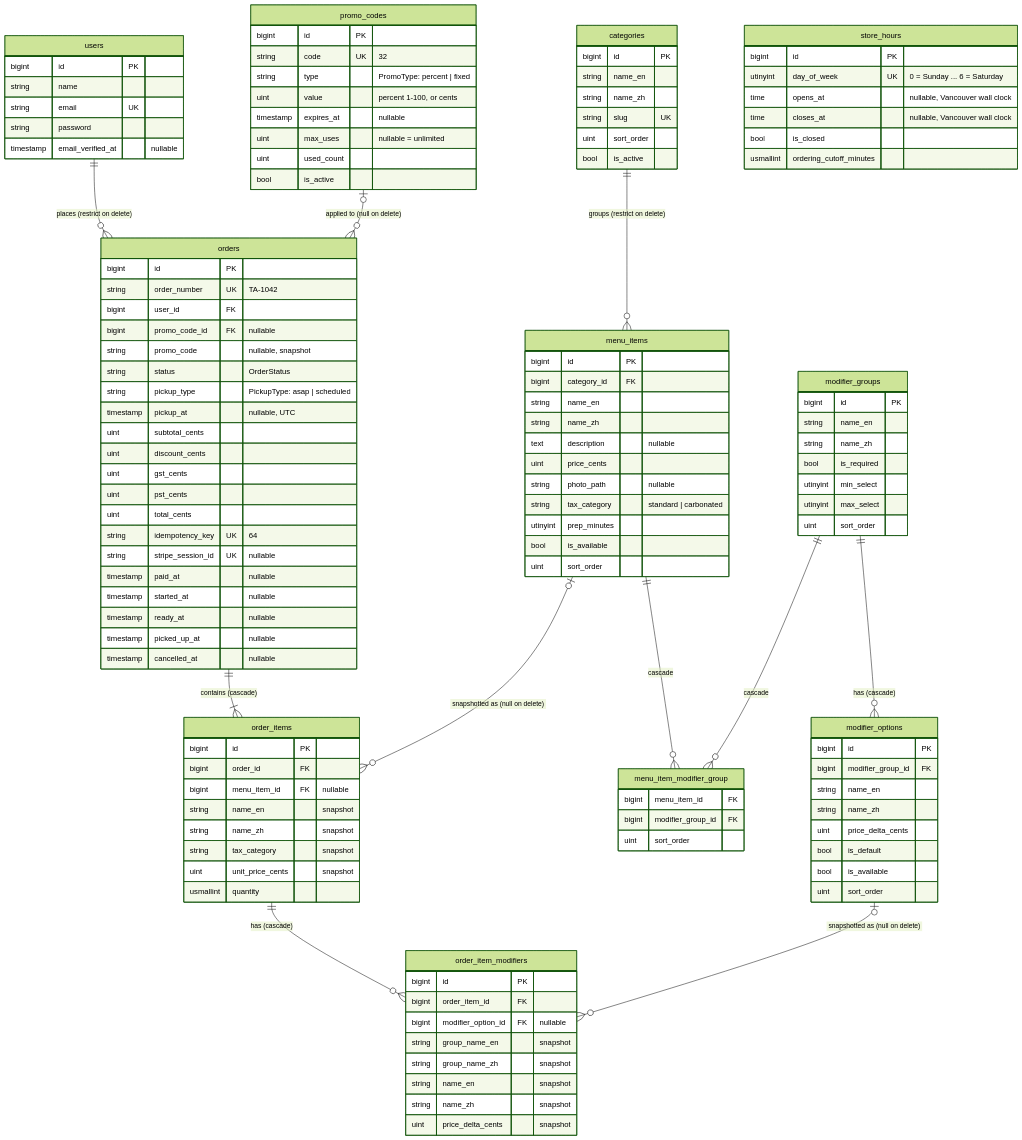
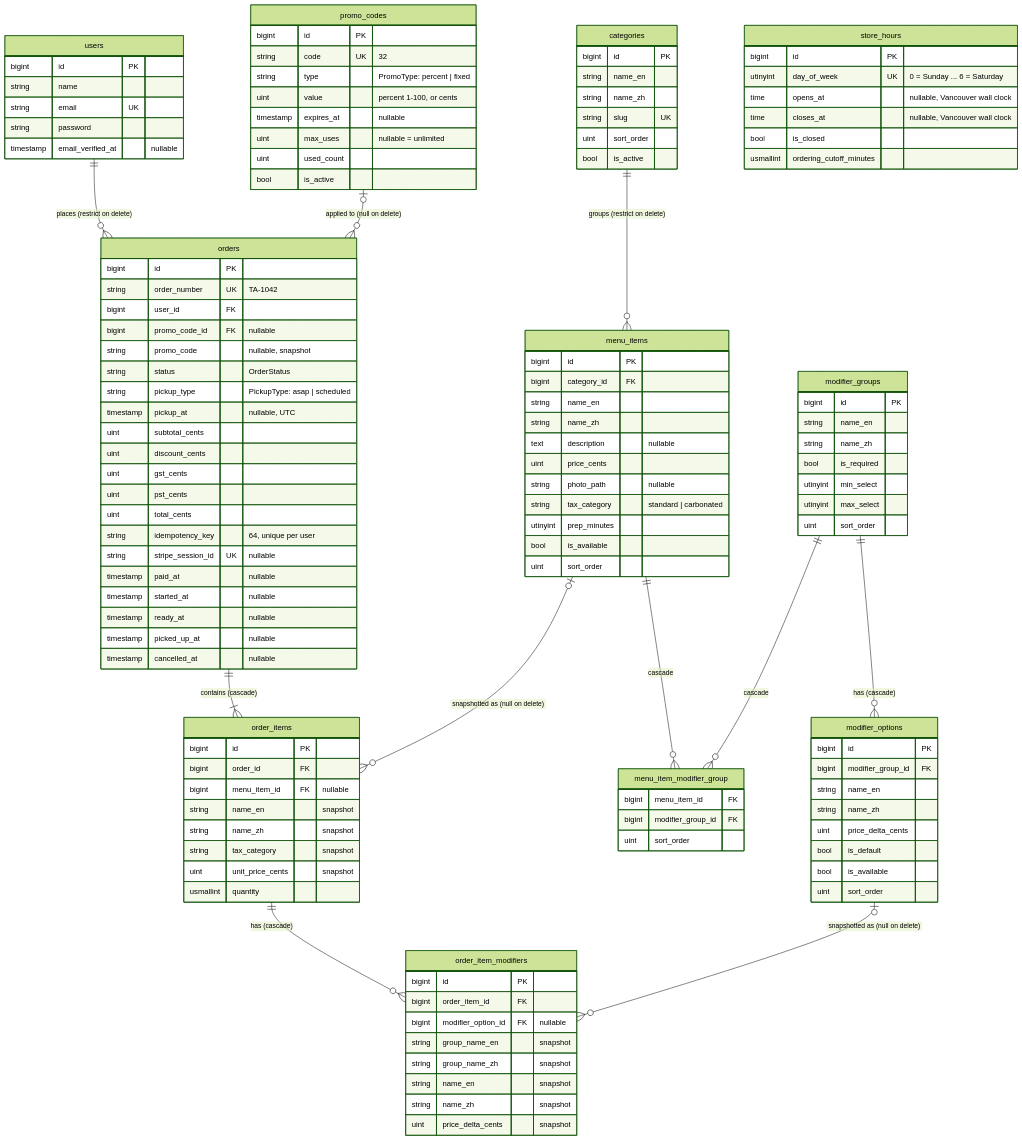
Before and after one commit to Jacky1366/tea-alley: the diagram in docs/erd.md, drawn with Mermaid (forest theme). The commit also changed other lines of this file and 15 other files, not shown here.

```diff
--- a/docs/erd.md
+++ b/docs/erd.md
@@ -99,7 +99,7 @@
         uint gst_cents
         uint pst_cents
         uint total_cents
-        string idempotency_key UK "64"
+        string idempotency_key "64, unique per user"
         string stripe_session_id UK "nullable"
         timestamp paid_at "nullable"
         timestamp started_at "nullable"
```
